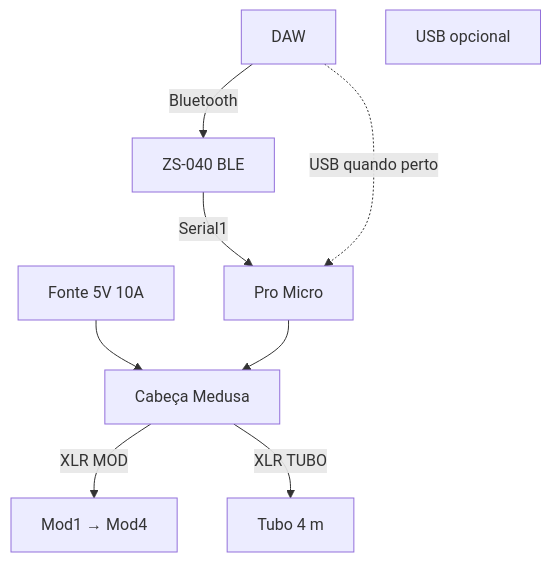
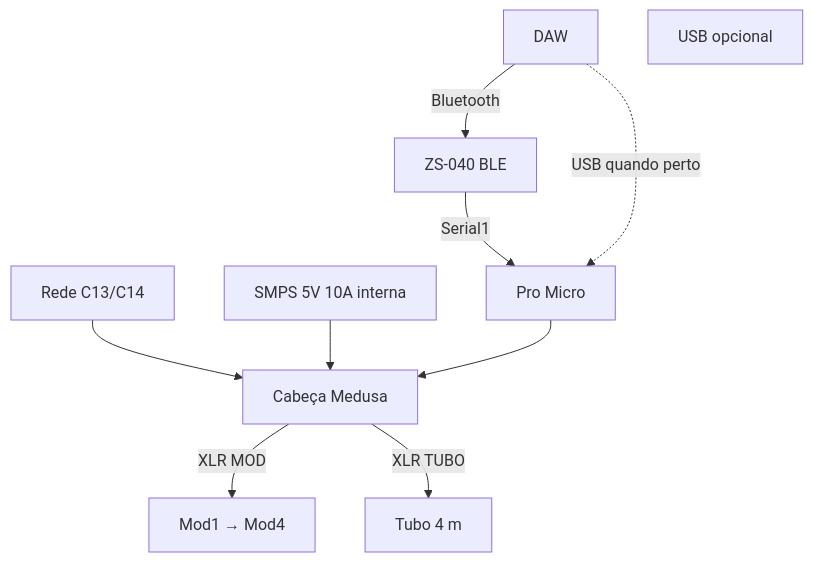
Before and after one commit to andreysenes/light: the diagram in docs/17-CABECA-MEDUSA.md, drawn with Mermaid. The commit also changed other lines of this file and 3 other files, not shown here.

Commit message:
Medusa: entrada AC IEC C14 e SMPS 5V interna

````diff
--- a/docs/17-CABECA-MEDUSA.md
+++ b/docs/17-CABECA-MEDUSA.md
@@ -52,17 +54,19 @@
 ```mermaid
 flowchart TB
-  PSU[Fonte 5V 10A]
+  MAINS[Rede C13/C14]
+  PSU[SMPS 5V 10A interna]
   MEDUSA[Cabeça Medusa]
   BT[ZS-040 BLE]
   PM[Pro Micro]
   DAW[DAW]
   USB[USB opcional]
 
+  MAINS --> MEDUSA
   PSU --> MEDUSA
   DAW -->|Bluetooth| BT
   BT -->|Serial1| PM
   DAW -.->|USB quando perto| PM
   PM --> MEDUSA
   MEDUSA -->|XLR MOD| CHAIN[Mod1 → Mod4]
   MEDUSA -->|XLR TUBO| TUBE[Tubo 4 m]
 ```
````
